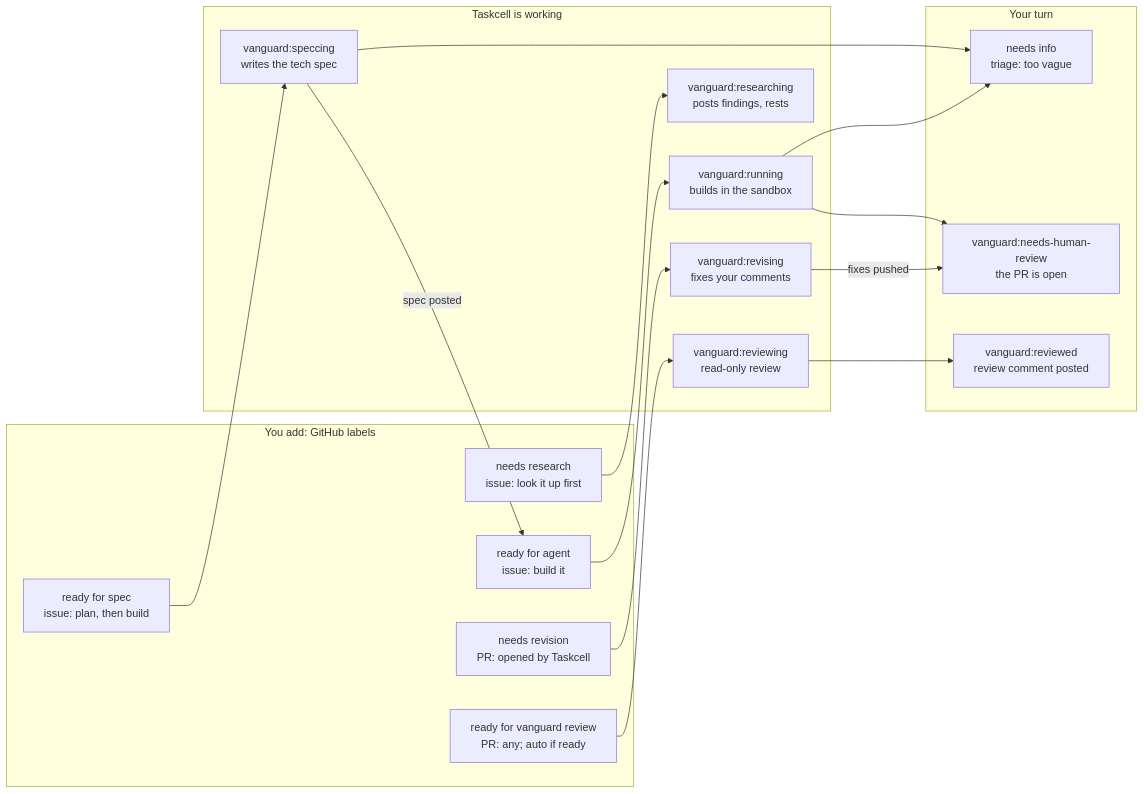
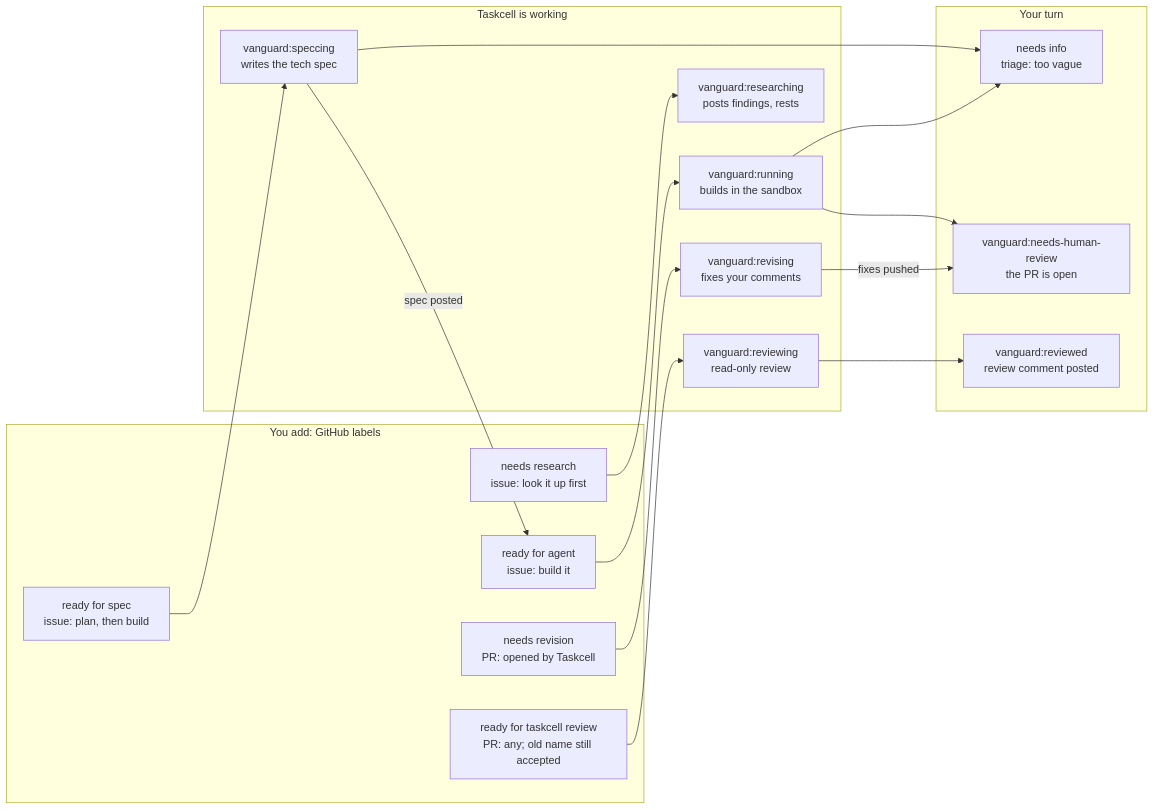
One commit to spietrza/taskcell changed the diagram in docs/diagrams/labels.mmd. Above: the diagram before and after it, drawn with Mermaid. The commit also changed 6 other files, not shown here.

Commit message:
feat: Enable factory: generated revise caller keeps YOUR_APP_SLUG; label diagrams stale (left over from #832) (spietrza/taskcell#1075)

```diff
--- a/docs/diagrams/labels.mmd
+++ b/docs/diagrams/labels.mmd
@@ -1,32 +1,32 @@
 %% Routing labels: the topology behind labels-light.svg / labels-dark.svg (docs/autonomous-loop.md).
 %% Change it here first, mirror it in labels.archify.json, then re-render with archify (github.com/tt-a1i/archify):
 %%   node archify/bin/archify.mjs deliver architecture docs/diagrams/labels.archify.json <out>.html --quality showcase
 %% Open <out>.html → Export → SVG, then: docs/diagrams/split-theme.sh <export>.svg labels
 flowchart LR
   subgraph you[You add: GitHub labels]
     research["needs research<br/>issue: look it up first"]
     spec["ready for spec<br/>issue: plan, then build"]
     agent["ready for agent<br/>issue: build it"]
     revision["needs revision<br/>PR: opened by Taskcell"]
-    vreview["ready for vanguard review<br/>PR: any; auto if ready"]
+    vreview["ready for taskcell review<br/>PR: any; old name still accepted"]
   end
   subgraph working[Taskcell is working]
     researching["vanguard:researching<br/>posts findings, rests"]
     speccing["vanguard:speccing<br/>writes the tech spec"]
     running["vanguard:running<br/>builds in the sandbox"]
     revising["vanguard:revising<br/>fixes your comments"]
     reviewing["vanguard:reviewing<br/>read-only review"]
   end
   subgraph turn[Your turn]
     info["needs info<br/>triage: too vague"]
     humanreview["vanguard:needs-human-review<br/>the PR is open"]
     reviewed["vanguard:reviewed<br/>review comment posted"]
   end
 
   research --> researching
   spec --> speccing -->|spec posted| agent
   speccing --> info
   agent --> running --> humanreview
   running --> info
   revision --> revising -->|fixes pushed| humanreview
   vreview --> reviewing --> reviewed
```
